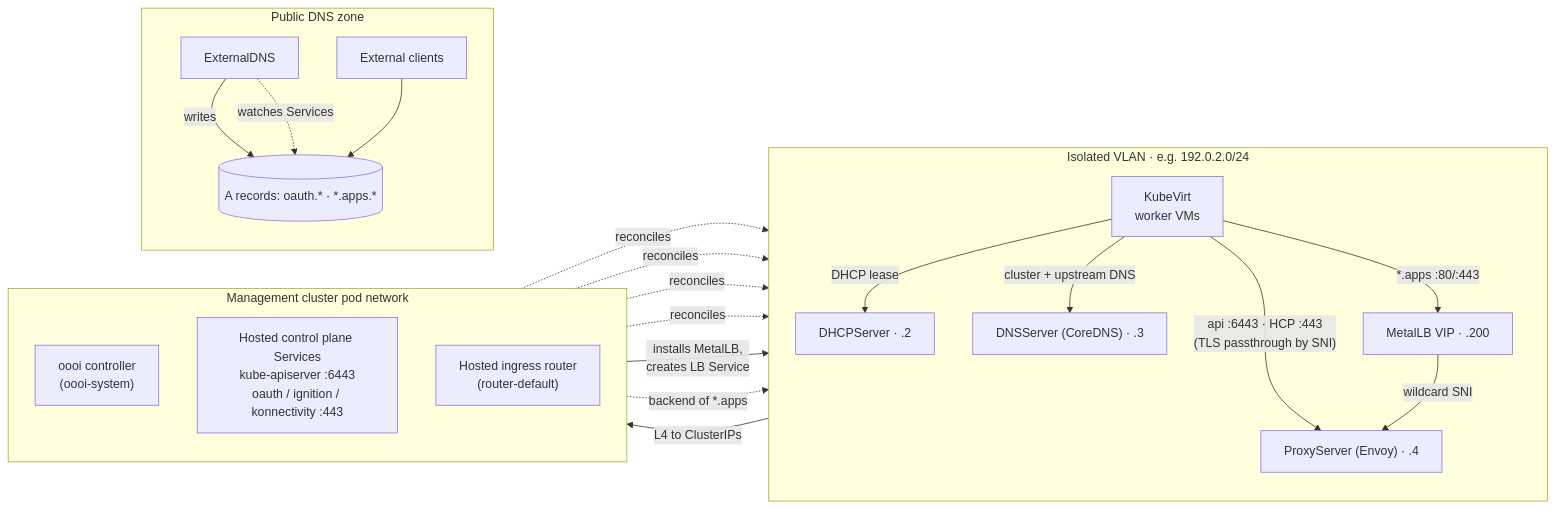
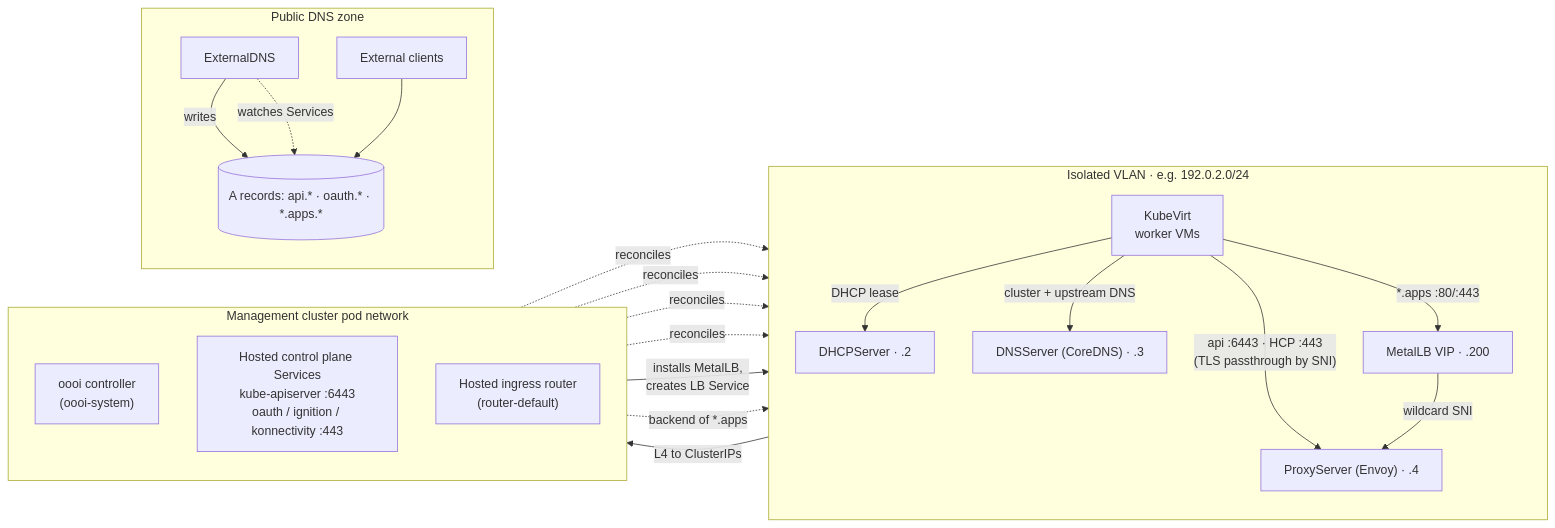
Before and after one commit to cldmnky/oooi: the first of 3 diagrams in website/docs/architecture.md, drawn with Mermaid. The commit also changed other lines of this file and 35 other files, not shown here.

````diff
--- a/website/docs/architecture.md
+++ b/website/docs/architecture.md
@@ -25,35 +25,35 @@
 ```mermaid
 flowchart LR
     subgraph vlan["Isolated VLAN  ·  e.g. 192.0.2.0/24"]
         direction TB
         W["KubeVirt<br/>worker VMs"]
         DHCP["DHCPServer · .2"]
         DNS["DNSServer (CoreDNS) · .3"]
         PRX["ProxyServer (Envoy) · .4"]
         VIP["MetalLB VIP · .200"]
         W -->|DHCP lease| DHCP
         W -->|cluster + upstream DNS| DNS
         W -->|"api :6443 · HCP :443<br/>(TLS passthrough by SNI)"| PRX
         W -->|"*.apps :80/:443"| VIP
         VIP -->|wildcard SNI| PRX
     end
     subgraph mgmt["Management cluster pod network"]
         direction TB
         OPS["oooi controller<br/>(oooi-system)"]
         HCP["Hosted control plane Services<br/>kube-apiserver :6443<br/>oauth / ignition / konnectivity :443"]
         ING["Hosted ingress router<br/>(router-default)"]
     end
     subgraph pub["Public DNS zone"]
         direction TB
         EDNS["ExternalDNS"]
-        ZONE[("A records: oauth.* · *.apps.*")]
+        ZONE[("A records: api.* · oauth.* · *.apps.*")]
         CLI["External clients"]
         EDNS -->|writes| ZONE
         CLI --> ZONE
     end
     OPS -.->|reconciles| W & DHCP & DNS & PRX
     OPS -->|"installs MetalLB,<br/>creates LB Service"| VIP
     PRX -->|L4 to ClusterIPs| HCP
     ING -.->|backend of *.apps| VIP
     EDNS -.->|watches Services| ZONE
 ```
````
